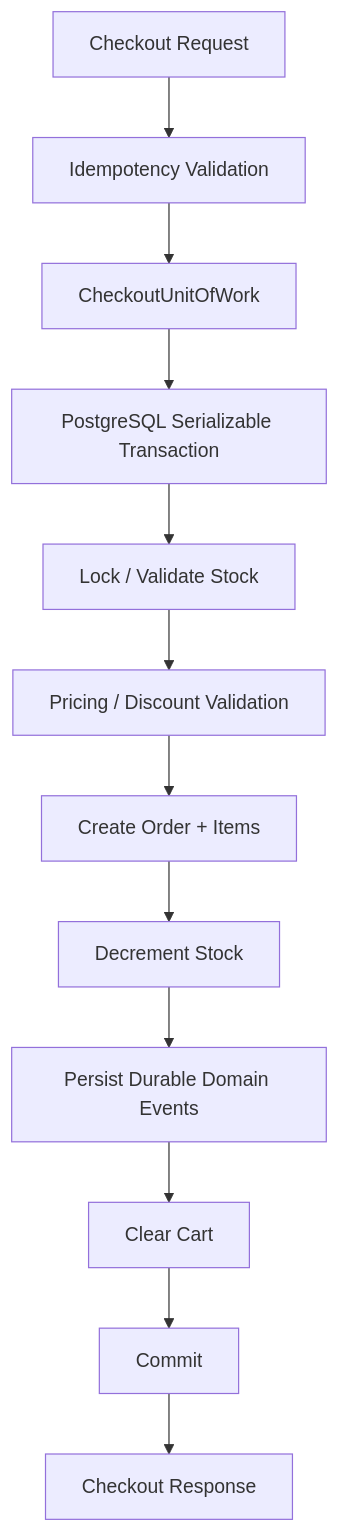
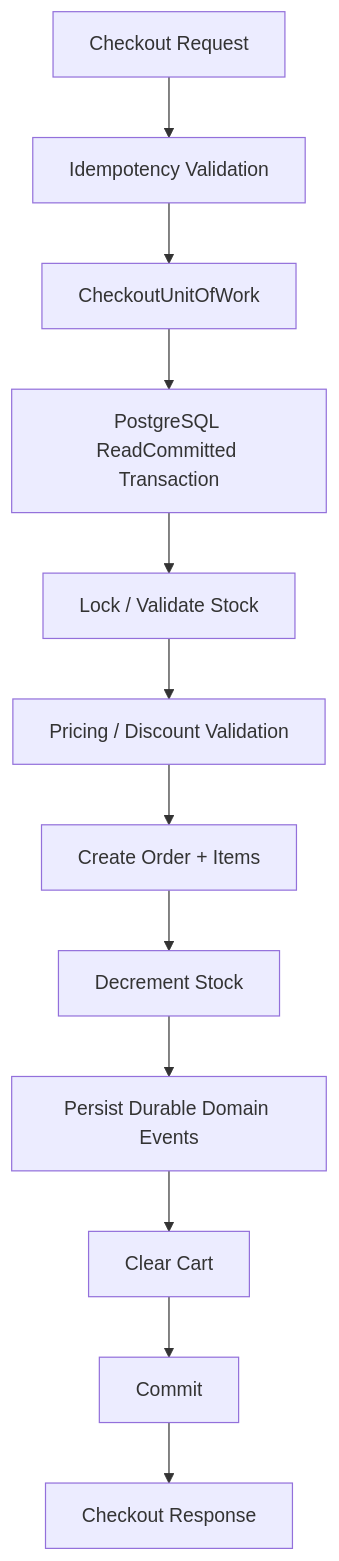
Before and after one commit to Thang4869/TriAD-Backend: the third of 4 diagrams in README.md, drawn with Mermaid. The commit also changed other lines of this file, not shown here.

````diff
--- a/README.md
+++ b/README.md
@@ -491,16 +491,16 @@
 ```mermaid
 flowchart TD
     Request[Checkout Request] --> Idempotency[Idempotency Validation]
     Idempotency --> UoW[CheckoutUnitOfWork]
-    UoW --> Tx[PostgreSQL Serializable Transaction]
+    UoW --> Tx[PostgreSQL ReadCommitted Transaction]
 
     Tx --> Lock[Lock / Validate Stock]
     Lock --> Pricing[Pricing / Discount Validation]
     Pricing --> Order[Create Order + Items]
     Order --> Stock[Decrement Stock]
     Stock --> Outbox[Persist Durable Domain Events]
     Outbox --> Cart[Clear Cart]
     Cart --> Commit[Commit]
 
     Commit --> Response[Checkout Response]
 ```
````
